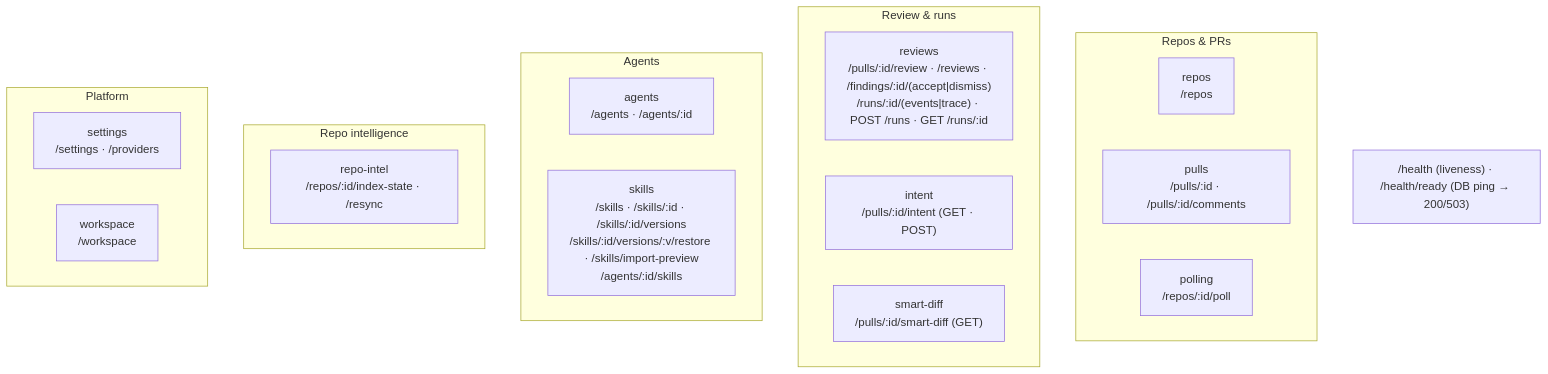
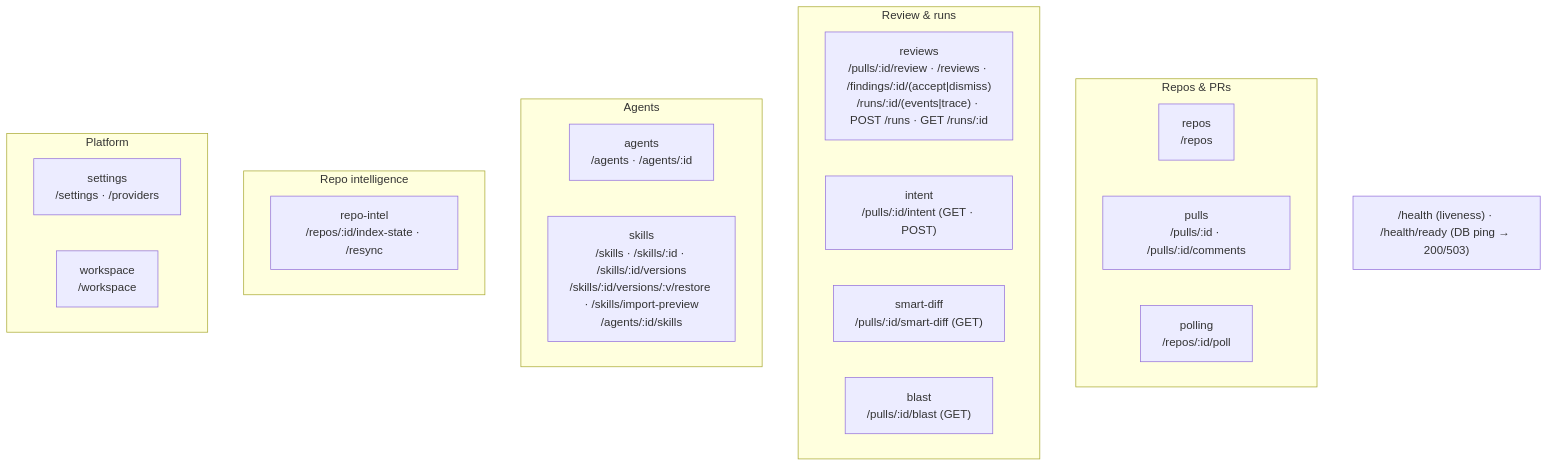
The second of 2 diagrams in server/README.md (s-deer/dev-digest), drawn with Mermaid before and after one commit. The commit also changed 53 other files, not shown here.

Commit message:
feat(blast): Blast Radius on PR Overview + real get_blast_radius MCP tool

````diff
--- a/server/README.md
+++ b/server/README.md
@@ -64,25 +64,26 @@
 ```mermaid
 flowchart TB
   subgraph Repos_PRs["Repos & PRs"]
     repos["repos<br/>/repos"]
     pulls["pulls<br/>/pulls/:id · /pulls/:id/comments"]
     polling["polling<br/>/repos/:id/poll"]
   end
   subgraph Review["Review & runs"]
     reviews["reviews<br/>/pulls/:id/review · /reviews · /findings/:id/(accept|dismiss)<br/>/runs/:id/(events|trace) · POST /runs · GET /runs/:id"]
     intent["intent<br/>/pulls/:id/intent (GET · POST)"]
     smartDiff["smart-diff<br/>/pulls/:id/smart-diff (GET)"]
+    blast["blast<br/>/pulls/:id/blast (GET)"]
   end
    subgraph Agents["Agents"]
     agents["agents<br/>/agents · /agents/:id"]
     skills["skills<br/>/skills · /skills/:id · /skills/:id/versions<br/>/skills/:id/versions/:v/restore · /skills/import-preview<br/>/agents/:id/skills"]
    end
   subgraph Intel["Repo intelligence"]
     repoIntel["repo-intel<br/>/repos/:id/index-state · /resync"]
   end
   subgraph Platform["Platform"]
     settings["settings<br/>/settings · /providers"]
     workspace["workspace<br/>/workspace"]
   end
   HEALTH["/health (liveness) · /health/ready (DB ping → 200/503)"]
 ```
````
